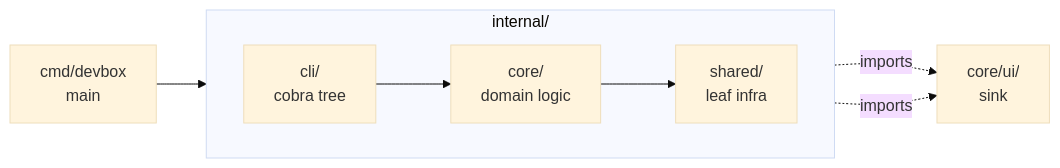
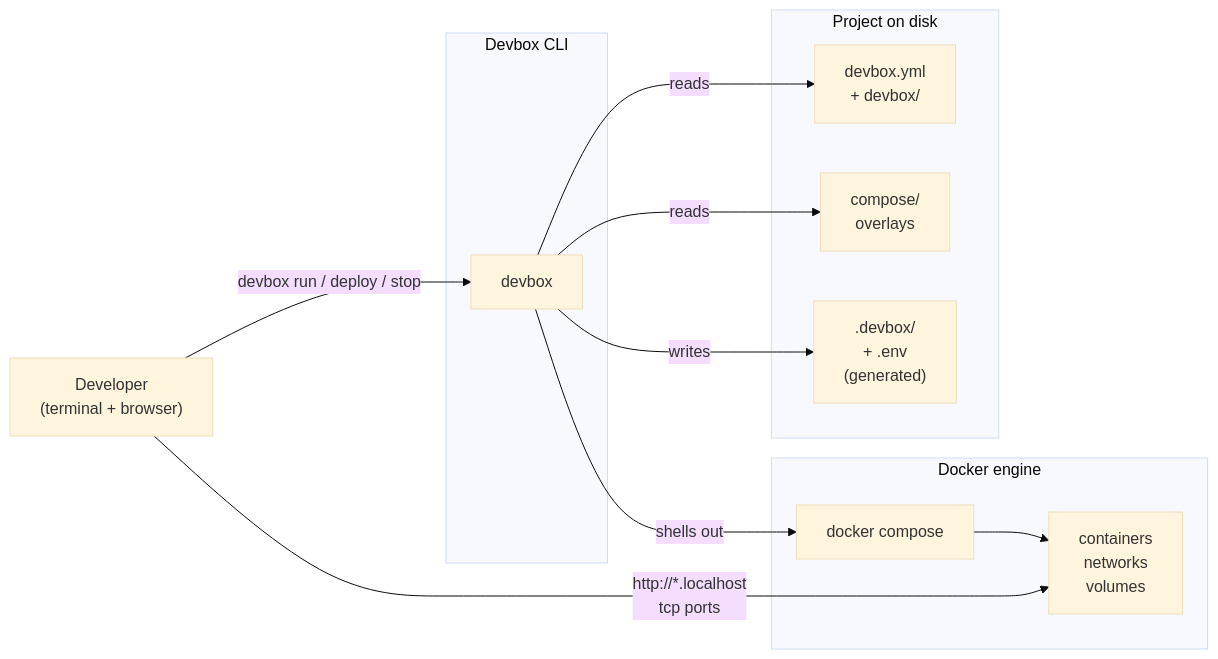
The first of 2 diagrams in docs/reference/concepts/architecture.md (semsemyonoff/dwe), drawn with Mermaid (base theme) before and after one commit. The commit also changed other lines of this file and 7 other files, not shown here.

First line of the commit message:
docs(concepts): refocus architecture on devbox↔docker boundary

````diff
--- a/docs/reference/concepts/architecture.md
+++ b/docs/reference/concepts/architecture.md
@@ -32,14 +18,27 @@
 ```mermaid
 flowchart LR
-  Bin["cmd/devbox<br/>main"] --> CLI
+  Dev["Developer<br/>(terminal + browser)"]
 
-  subgraph internal["internal/"]
-    direction LR
-    CLI["cli/<br/>cobra tree"] --> Core
-    Core["core/<br/>domain logic"] --> Shared
-    Shared["shared/<br/>leaf infra"]
+  subgraph Project["Project on disk"]
+    Cfg["devbox.yml<br/>+ devbox/"]
+    Comp["compose/<br/>overlays"]
+    Gen[".devbox/<br/>+ .env<br/>(generated)"]
   end
 
-  Core -.imports.-> UI["core/ui/<br/>sink"]
-  CLI -.imports.-> UI
+  subgraph DevboxBox["Devbox CLI"]
+    CLI["devbox"]
+  end
+
+  subgraph Engine["Docker engine"]
+    Compose["docker compose"]
+    Containers["containers<br/>networks<br/>volumes"]
+  end
+
+  Dev -->|"devbox run / deploy / stop"| CLI
+  CLI -->|reads| Cfg
+  CLI -->|reads| Comp
+  CLI -->|writes| Gen
+  CLI -->|shells out| Compose
+  Compose --> Containers
+  Dev -->|"http://*.localhost<br/>tcp ports"| Containers
 ```
````
